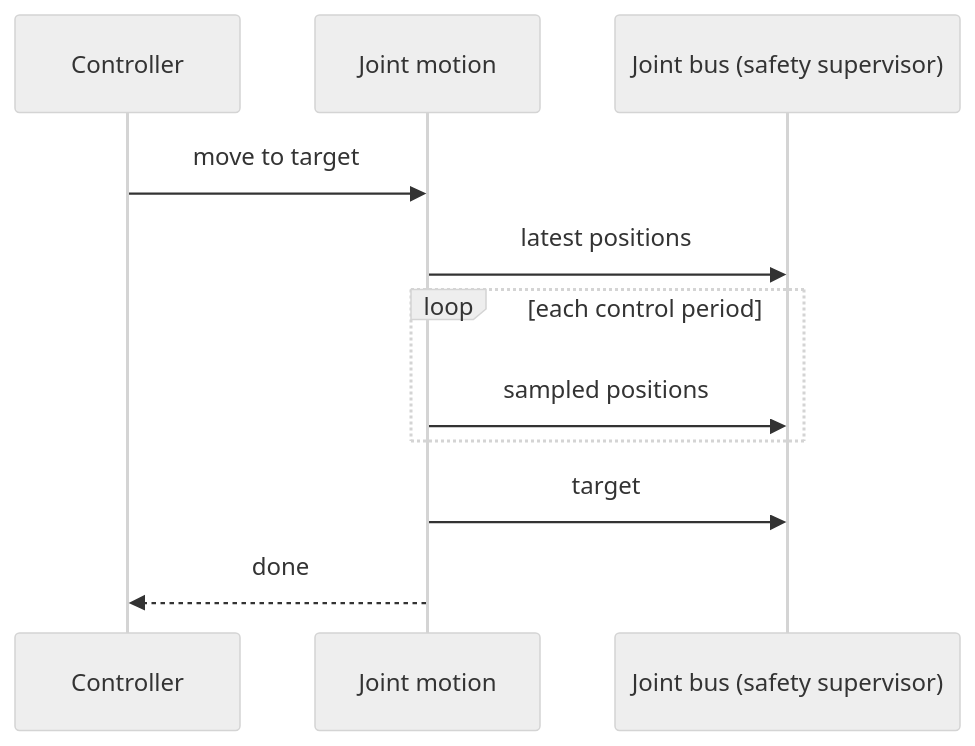
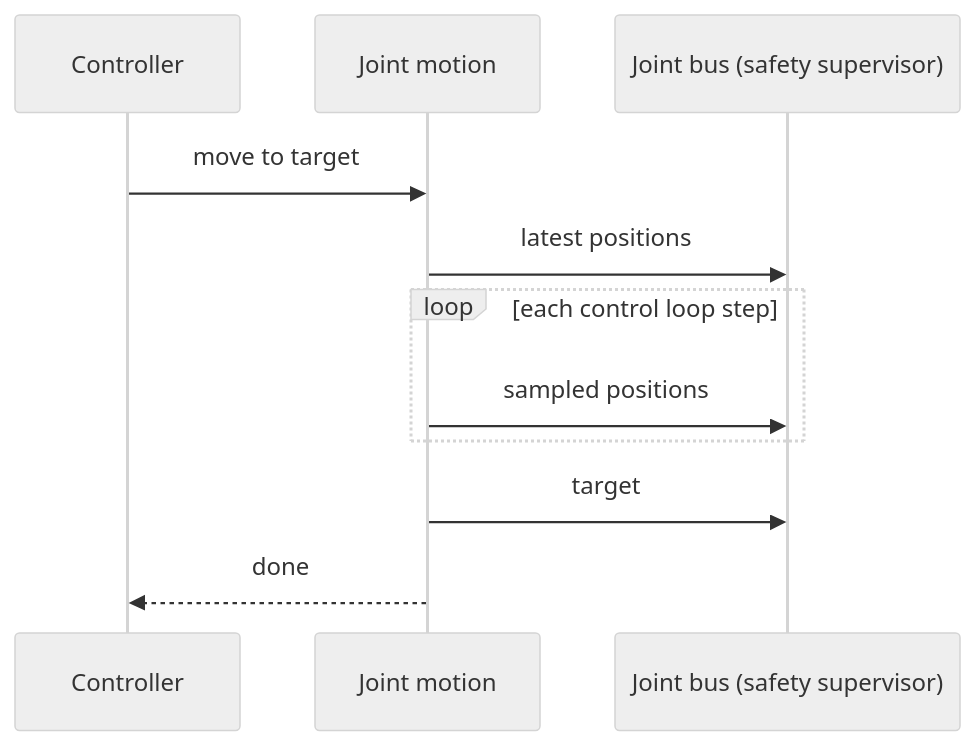
Before and after one commit to embedded-pro/e-robot-arm: the second of 2 diagrams in documentation/design/joint-motion.md, drawn with Mermaid (neutral theme). The commit also changed other lines of this file and 16 other files, not shown here.

First line of the commit message:
feat(control_loop): pace telemetry requests and setpoints in one control period

````diff
--- a/documentation/design/joint-motion.md
+++ b/documentation/design/joint-motion.md
@@ -111,13 +112,13 @@
 ```mermaid
 sequenceDiagram
     participant C as Controller
     participant M as Joint motion
     participant B as Joint bus (safety supervisor)
     C->>M: move to target
     M->>B: latest positions
-    loop each control period
+    loop each control loop step
         M->>B: sampled positions
     end
     M->>B: target
     M-->>C: done
 ```
````
